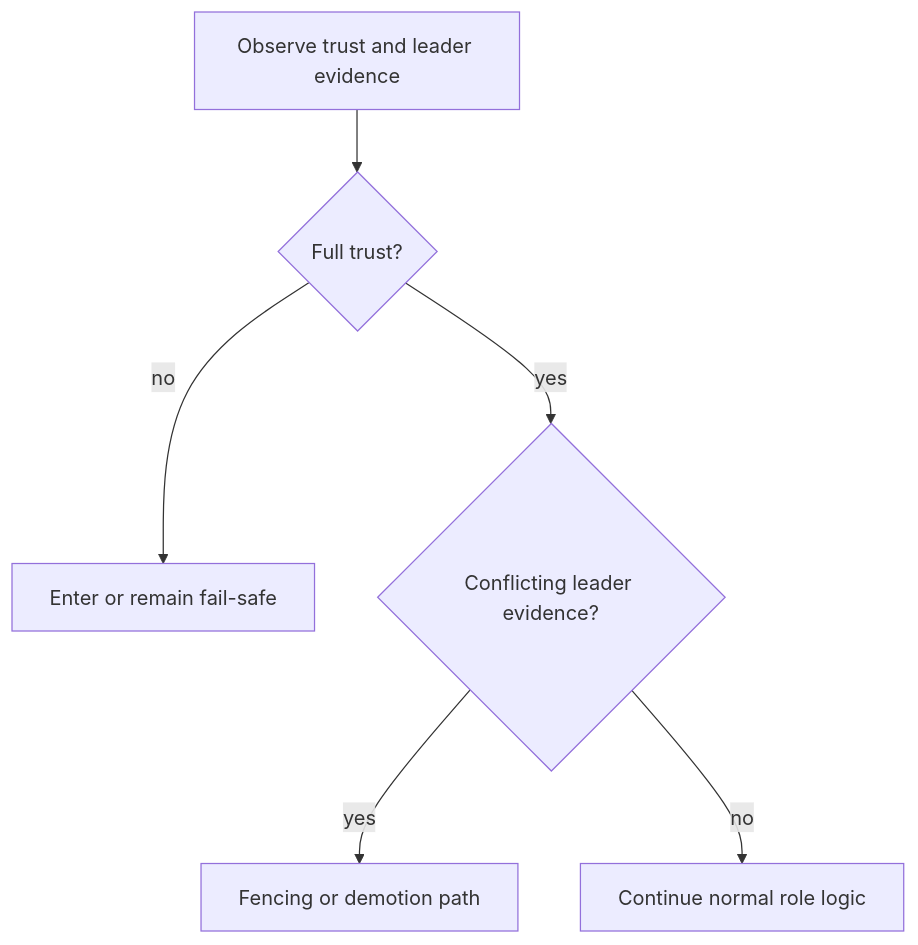
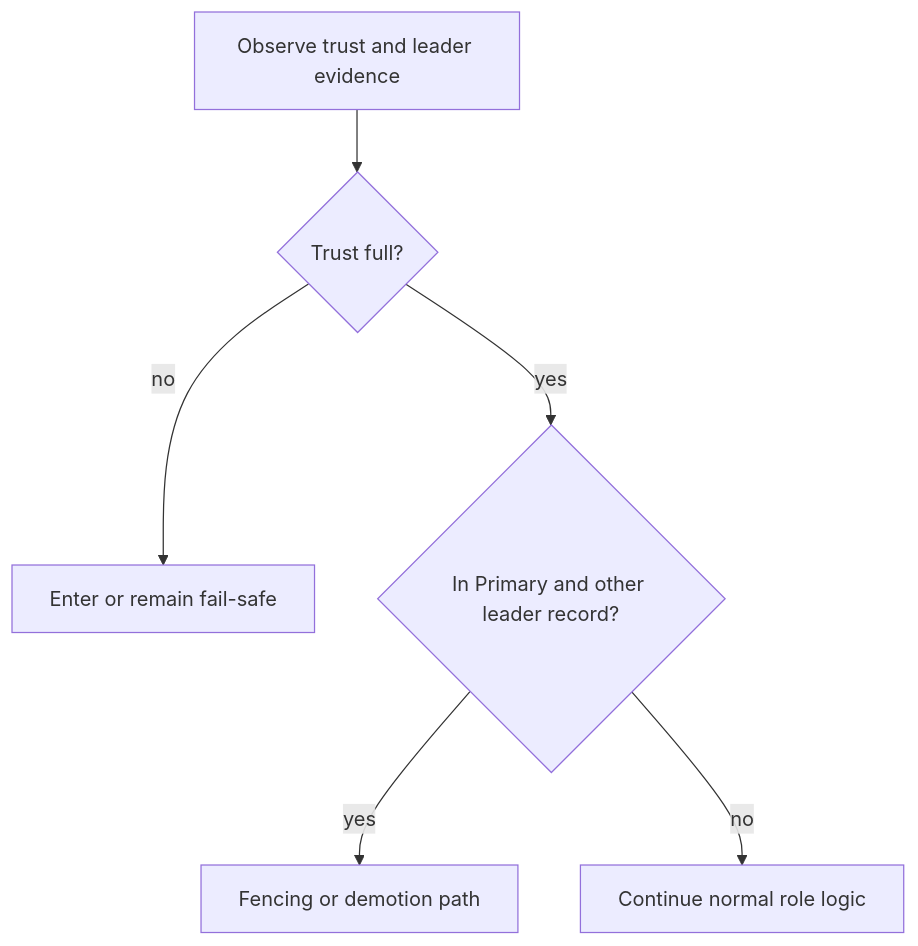
Before and after one commit to djosh34/pgtuskmaster_rust: the diagram in docs/src/lifecycle/failsafe-fencing.md, drawn with Mermaid. The commit also changed other lines of this file and 101 other files, not shown here.

````diff
--- a/docs/src/lifecycle/failsafe-fencing.md
+++ b/docs/src/lifecycle/failsafe-fencing.md
@@ -8,8 +8,8 @@
 ```mermaid
 flowchart TD
-  Observe[Observe trust and leader evidence] --> TrustOK{Full trust?}
+  Observe[Observe trust and leader evidence] --> TrustOK{Trust full?}
   TrustOK -->|no| FS[Enter or remain fail-safe]
-  TrustOK -->|yes| Conflict{Conflicting leader evidence?}
+  TrustOK -->|yes| Conflict{In Primary and other leader record?}
   Conflict -->|yes| Fence[Fencing or demotion path]
   Conflict -->|no| Normal[Continue normal role logic]
 ```
````
